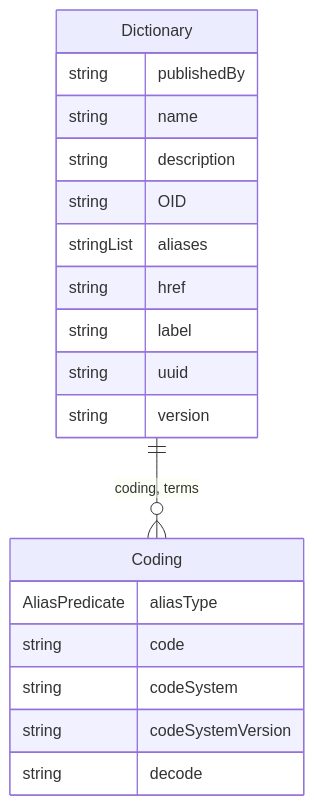
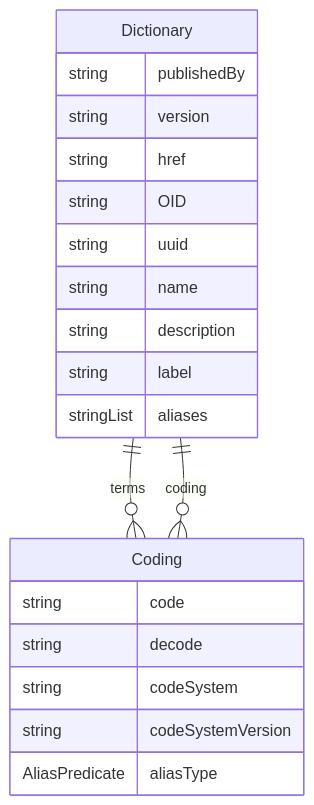
The diagram in docs/classes/Dictionary.md (cdisc-org/DataExchange-DDS), drawn with Mermaid before and after one commit. The commit also changed other lines of this file and 313 other files, not shown here.

````diff
--- a/docs/classes/Dictionary.md
+++ b/docs/classes/Dictionary.md
@@ -20,24 +15,25 @@
 ```mermaid
 erDiagram
+Dictionary {
+    string publishedBy  
+    string version  
+    string href  
+    string OID  
+    string uuid  
+    string name  
+    string description  
+    string label  
+    stringList aliases  
+}
 Coding {
-    AliasPredicate aliasType  
     string code  
+    string decode  
     string codeSystem  
     string codeSystemVersion  
-    string decode  
-}
-Dictionary {
-    string publishedBy  
-    string name  
-    string description  
-    string OID  
-    stringList aliases  
-    string href  
-    string label  
-    string uuid  
-    string version  
+    AliasPredicate aliasType  
 }
 
-Dictionary ||--}o Coding : "coding, terms"
+Dictionary ||--}o Coding : "terms"
+Dictionary ||--}o Coding : "coding"
 
 ```
````
